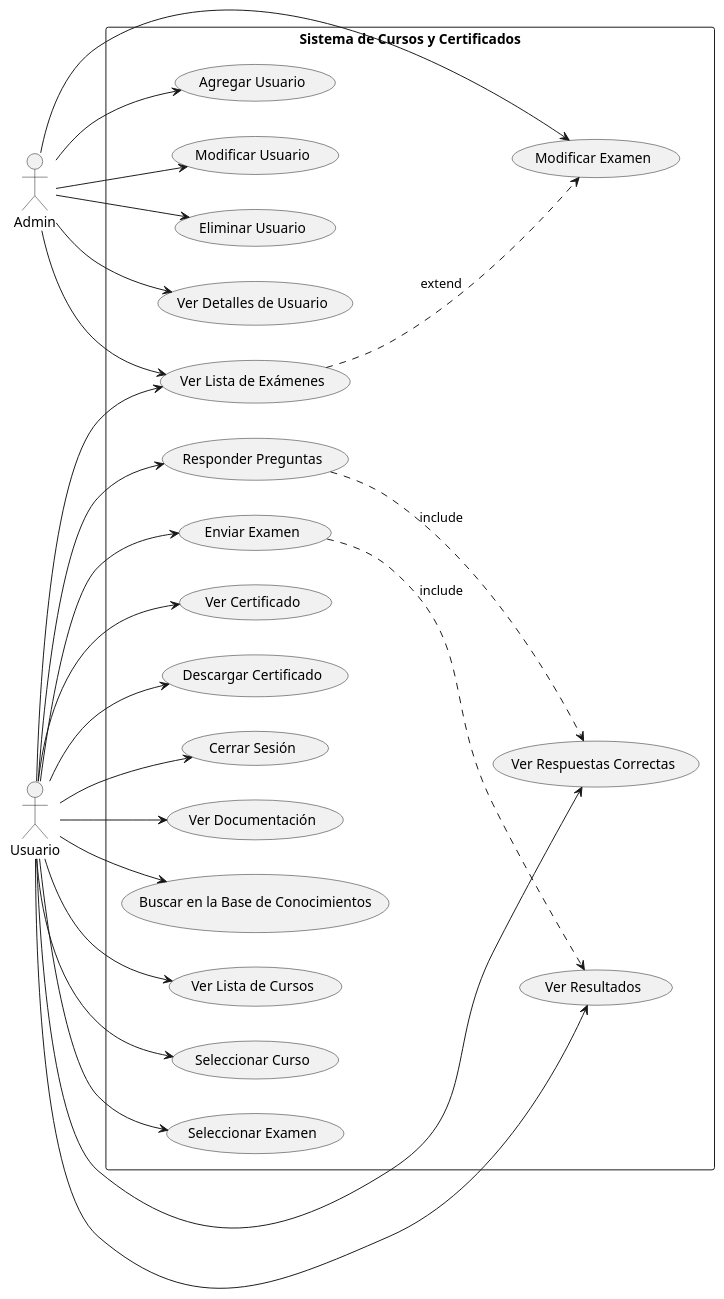
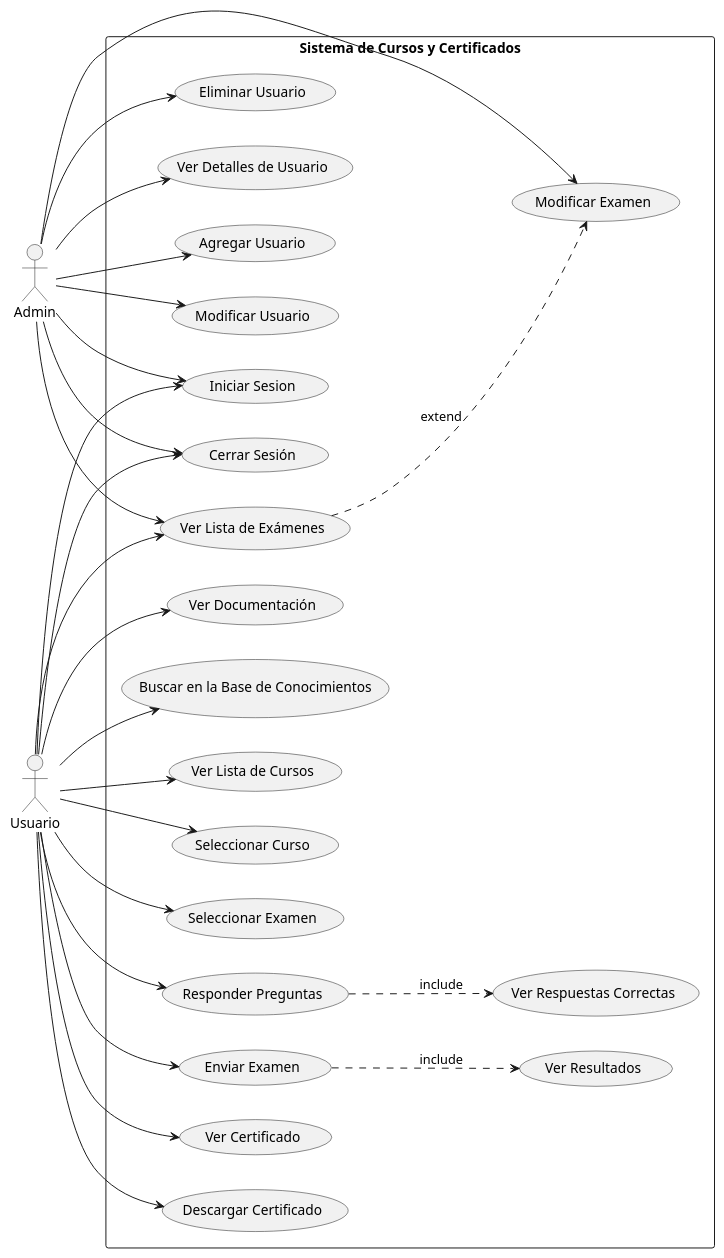
Before and after one commit to Carverz/IS-022023_Proyecto-Grupo-4: the diagram in docs/useCases/singleUseCase.plantuml, drawn with PlantUML. The commit also changed 9 other files, not shown here.

Commit message:
Arreglos a los diagramas e imagenes correspondientes de cada uno

```diff
--- a/docs/useCases/singleUseCase.plantuml
+++ b/docs/useCases/singleUseCase.plantuml
@@ -1,34 +1,36 @@
 @startuml
 left to right direction
 
 actor Admin as A
 actor Usuario as U1
 
 rectangle "Sistema de Cursos y Certificados" {
   
   A --> (Agregar Usuario)
   A --> (Modificar Usuario)
   A --> (Eliminar Usuario)
   A --> (Ver Detalles de Usuario)
   U1 --> (Ver Documentación)
   U1 --> (Buscar en la Base de Conocimientos)
   U1 --> (Ver Lista de Cursos)
   U1 --> (Seleccionar Curso)
   U1 --> (Ver Lista de Exámenes)
   U1 --> (Seleccionar Examen)
   U1 --> (Responder Preguntas)
   U1 --> (Enviar Examen)
-  U1 --> (Ver Resultados)
-  U1 --> (Ver Respuestas Correctas)
   U1 --> (Ver Certificado)
   U1 --> (Descargar Certificado)
   A --> (Ver Lista de Exámenes)
   A --> (Modificar Examen)
+  U1 --> (Iniciar Sesion)
   U1 --> (Cerrar Sesión)
+  A --> (Iniciar Sesion)
+  A --> (Cerrar Sesión)
+
   
   (Responder Preguntas) ..> (Ver Respuestas Correctas) : include
   (Enviar Examen) ..> (Ver Resultados) : include
   (Ver Lista de Exámenes) ..> (Modificar Examen) : extend
 }
 
 @enduml
```
